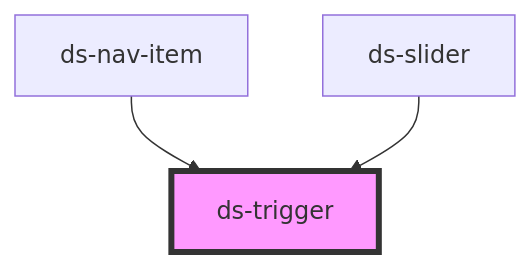
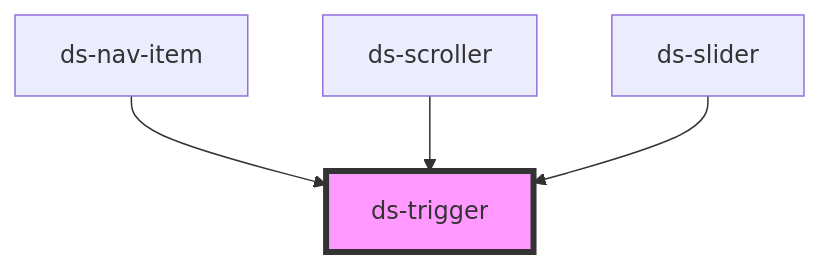
The diagram in components/core/trigger/readme.md (jezoock/dot-stash), drawn with Mermaid before and after one commit. The commit also changed other lines of this file and 13 other files, not shown here.

````diff
--- a/components/core/trigger/readme.md
+++ b/components/core/trigger/readme.md
@@ -103,6 +104,7 @@
 ```mermaid
 graph TD;
   ds-nav-item --> ds-trigger
+  ds-scroller --> ds-trigger
   ds-slider --> ds-trigger
   style ds-trigger fill:#f9f,stroke:#333,stroke-width:4px
 ```
````
